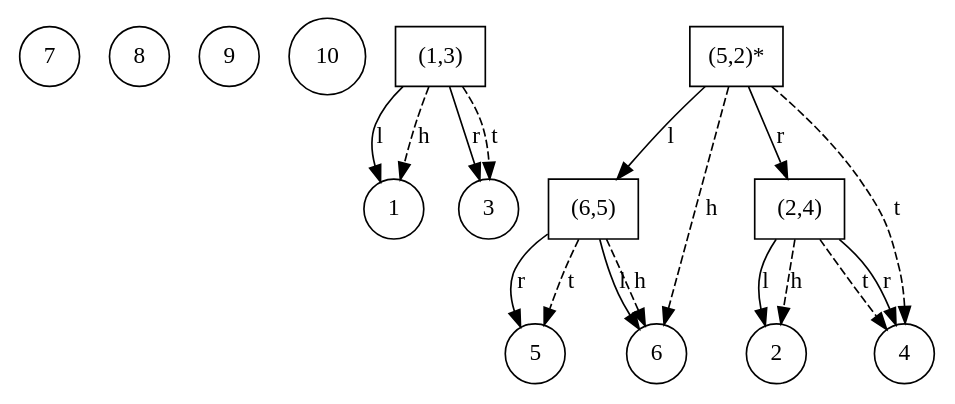
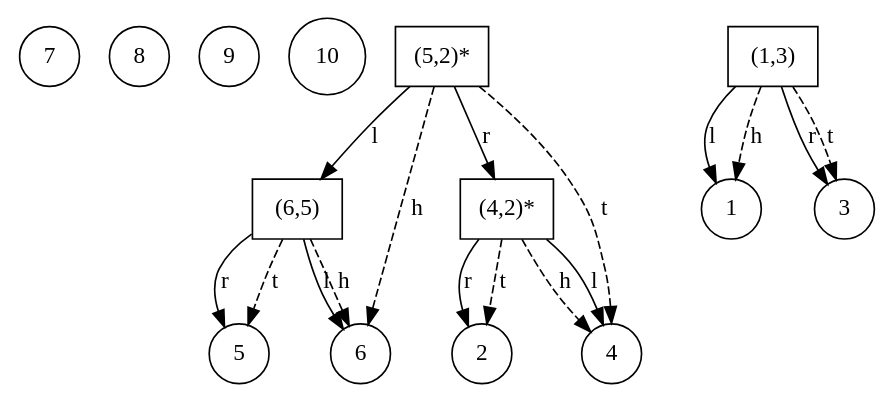
The diagram in ST-Tree/src/internal_graph.dot (Musab1Blaser/DynamicTrees_NF), drawn with Graphviz before and after one commit. The commit also changed 6 other files, not shown here.

```diff
--- a/ST-Tree/src/internal_graph.dot
+++ b/ST-Tree/src/internal_graph.dot
@@ -1,32 +1,32 @@
 digraph G {
 7 [shape=circle];
 8 [shape=circle];
 9 [shape=circle];
 10 [shape=circle];
-"(1,3)" [shape=box];
-1 [shape=circle];
-"(1,3)" -> 1 [label=l];
-3 [shape=circle];
-"(1,3)" -> 3 [label=r];
-"(1,3)" -> 1 [style=dashed, label = h];
-"(1,3)" -> 3 [style=dashed, label = t];
 "(5,2)*" [shape=box];
 "(5,2)*" -> "(6,5)" [label=l];
-"(5,2)*" -> "(2,4)" [label=r];
+"(5,2)*" -> "(4,2)*" [label=r];
 "(5,2)*" -> 6 [style=dashed, label = h];
 "(5,2)*" -> 4 [style=dashed, label = t];
 "(6,5)" [shape=box];
 6 [shape=circle];
 "(6,5)" -> 6 [label=l];
 5 [shape=circle];
 "(6,5)" -> 5 [label=r];
 "(6,5)" -> 6 [style=dashed, label = h];
 "(6,5)" -> 5 [style=dashed, label = t];
-"(2,4)" [shape=box];
+"(4,2)*" [shape=box];
+4 [shape=circle];
+"(4,2)*" -> 4 [label=l];
 2 [shape=circle];
-"(2,4)" -> 2 [label=l];
-4 [shape=circle];
-"(2,4)" -> 4 [label=r];
-"(2,4)" -> 2 [style=dashed, label = h];
-"(2,4)" -> 4 [style=dashed, label = t];
+"(4,2)*" -> 2 [label=r];
+"(4,2)*" -> 4 [style=dashed, label = h];
+"(4,2)*" -> 2 [style=dashed, label = t];
+"(1,3)" [shape=box];
+1 [shape=circle];
+"(1,3)" -> 1 [label=l];
+3 [shape=circle];
+"(1,3)" -> 3 [label=r];
+"(1,3)" -> 1 [style=dashed, label = h];
+"(1,3)" -> 3 [style=dashed, label = t];
 }
```
